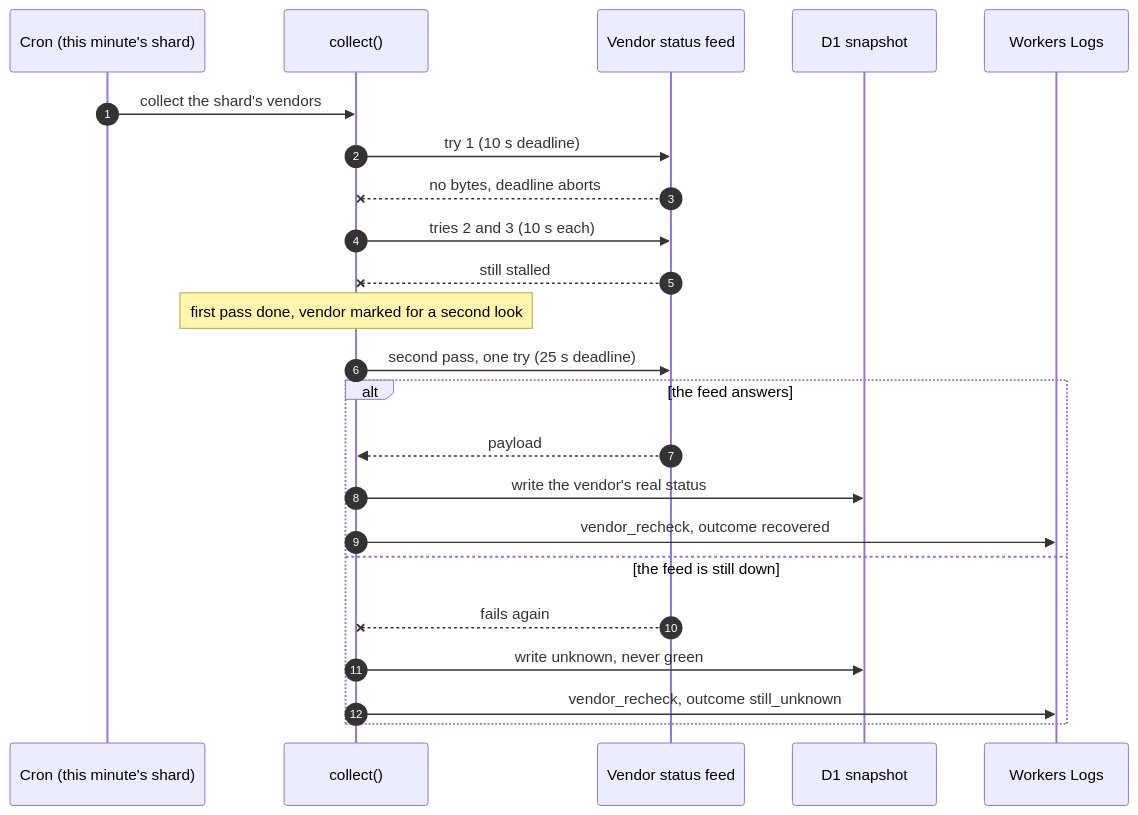
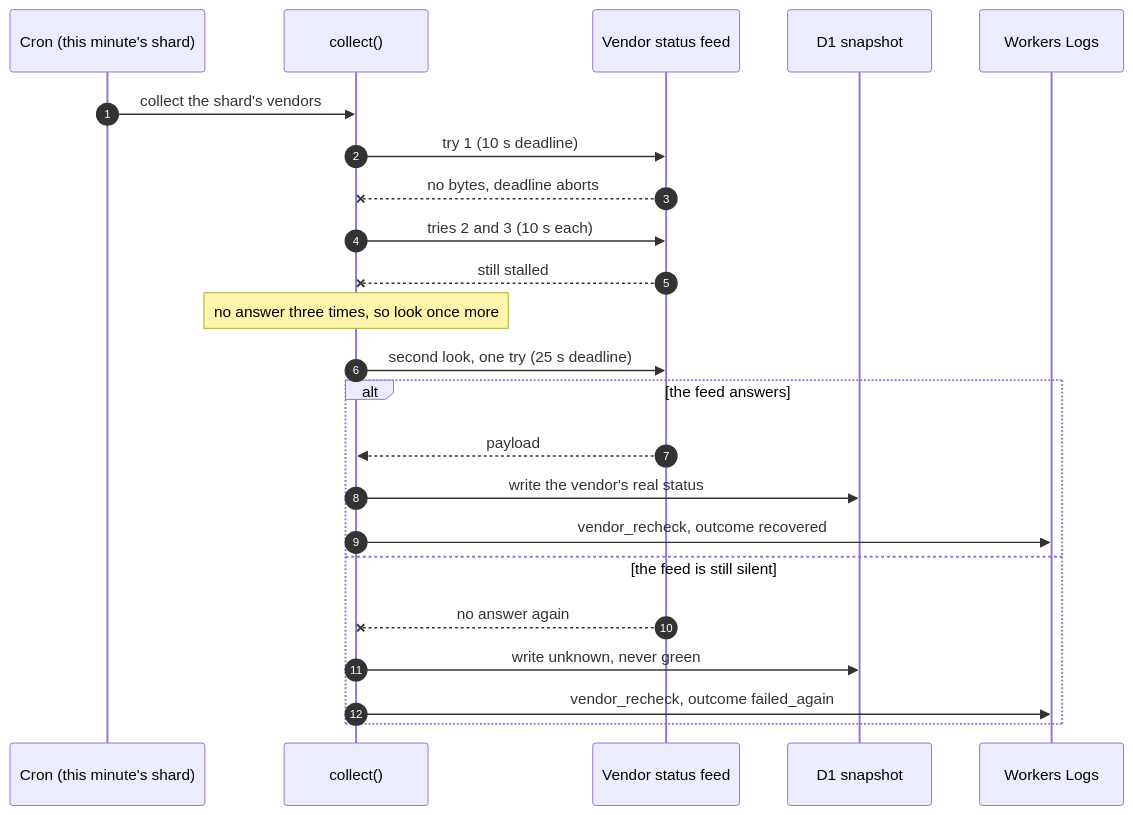
One commit to bjgreenberg/vendor-dashboard changed the second of 3 diagrams in README.md. Above: the diagram before and after it, drawn with Mermaid. The commit also changed other lines of this file and 5 other files, not shown here.

First line of the commit message:
fix(engine): give the second look at the fetch, per source, for no-answer failures only

````diff
--- a/README.md
+++ b/README.md
@@ -123,26 +122,26 @@
 ```mermaid
 sequenceDiagram
     autonumber
     participant C as Cron (this minute's shard)
     participant E as collect()
     participant V as Vendor status feed
     participant D as D1 snapshot
     participant L as Workers Logs
 
     C->>E: collect the shard's vendors
     E->>V: try 1 (10 s deadline)
     V--xE: no bytes, deadline aborts
     E->>V: tries 2 and 3 (10 s each)
     V--xE: still stalled
-    Note over E: first pass done, vendor marked for a second look
-    E->>V: second pass, one try (25 s deadline)
+    Note over E: no answer three times, so look once more
+    E->>V: second look, one try (25 s deadline)
     alt the feed answers
         V-->>E: payload
         E->>D: write the vendor's real status
         E->>L: vendor_recheck, outcome recovered
-    else the feed is still down
-        V--xE: fails again
+    else the feed is still silent
+        V--xE: no answer again
         E->>D: write unknown, never green
-        E->>L: vendor_recheck, outcome still_unknown
+        E->>L: vendor_recheck, outcome failed_again
     end
 ```
````
